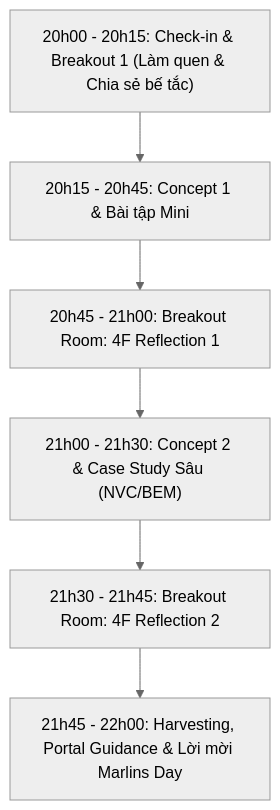
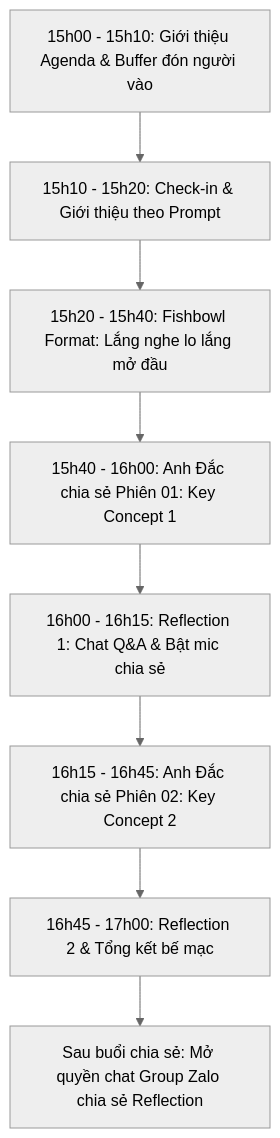
One commit to hongdang023/Marlins-Care changed the diagram in playbooks/marlins-workshop/session-agenda.md. Above: the diagram before and after it, drawn with Mermaid (neutral theme). The commit also changed other lines of this file and 70 other files, not shown here.

Commit message:
feat: update Marlins Workshop schedule/agenda & remove Marlins Day offline references

````diff
--- a/playbooks/marlins-workshop/session-agenda.md
+++ b/playbooks/marlins-workshop/session-agenda.md
@@ -9,8 +9,10 @@
 ```mermaid
 graph TD
-    A["20h00 - 20h15: Check-in & Breakout 1 (Làm quen & Chia sẻ bế tắc)"] --> B["20h15 - 20h45: Concept 1 & Bài tập Mini"]
-    B --> C["20h45 - 21h00: Breakout Room: 4F Reflection 1"]
-    C --> D["21h00 - 21h30: Concept 2 & Case Study Sâu (NVC/BEM)"]
-    D --> E["21h30 - 21h45: Breakout Room: 4F Reflection 2"]
-    E --> F["21h45 - 22h00: Harvesting, Portal Guidance & Lời mời Marlins Day"]
+    A["15h00 - 15h10: Giới thiệu Agenda & Buffer đón người vào"] --> B["15h10 - 15h20: Check-in & Giới thiệu theo Prompt"]
+    B --> C["15h20 - 15h40: Fishbowl Format: Lắng nghe lo lắng mở đầu"]
+    C --> D["15h40 - 16h00: Anh Đắc chia sẻ Phiên 01: Key Concept 1"]
+    D --> E["16h00 - 16h15: Reflection 1: Chat Q&A & Bật mic chia sẻ"]
+    E --> F["16h15 - 16h45: Anh Đắc chia sẻ Phiên 02: Key Concept 2"]
+    F --> G["16h45 - 17h00: Reflection 2 & Tổng kết bế mạc"]
+    G --> H["Sau buổi chia sẻ: Mở quyền chat Group Zalo chia sẻ Reflection"]
 ```
````
